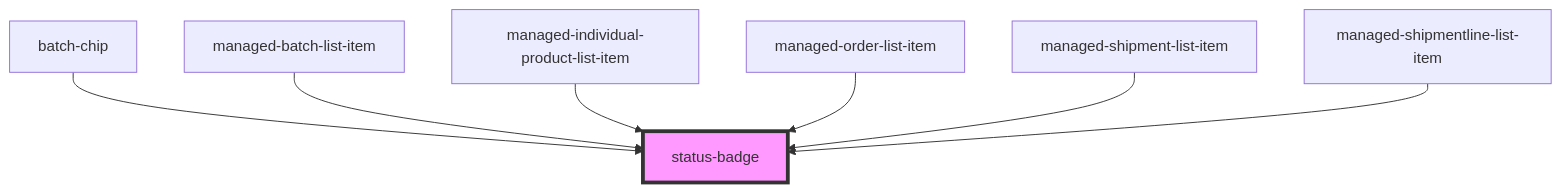
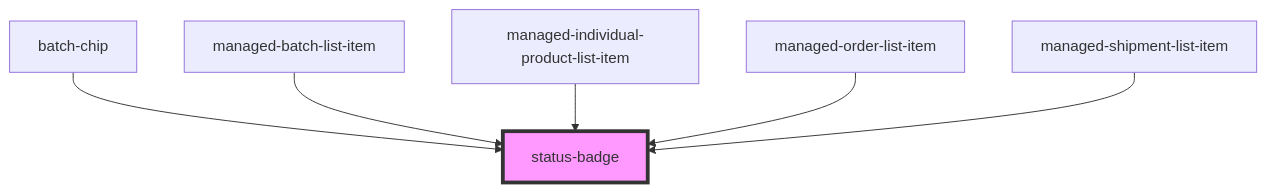
The diagram in pdm-web-components/src/components/status-badge/readme.md (PharmaLedger-IMI/fgt-workspace), drawn with Mermaid before and after one commit. The commit also changed other lines of this file and 3 other files, not shown here.

````diff
--- a/pdm-web-components/src/components/status-badge/readme.md
+++ b/pdm-web-components/src/components/status-badge/readme.md
@@ -27,10 +26,9 @@
 ```mermaid
 graph TD;
   batch-chip --> status-badge
   managed-batch-list-item --> status-badge
   managed-individual-product-list-item --> status-badge
   managed-order-list-item --> status-badge
   managed-shipment-list-item --> status-badge
-  managed-shipmentline-list-item --> status-badge
   style status-badge fill:#f9f,stroke:#333,stroke-width:4px
 ```
````
